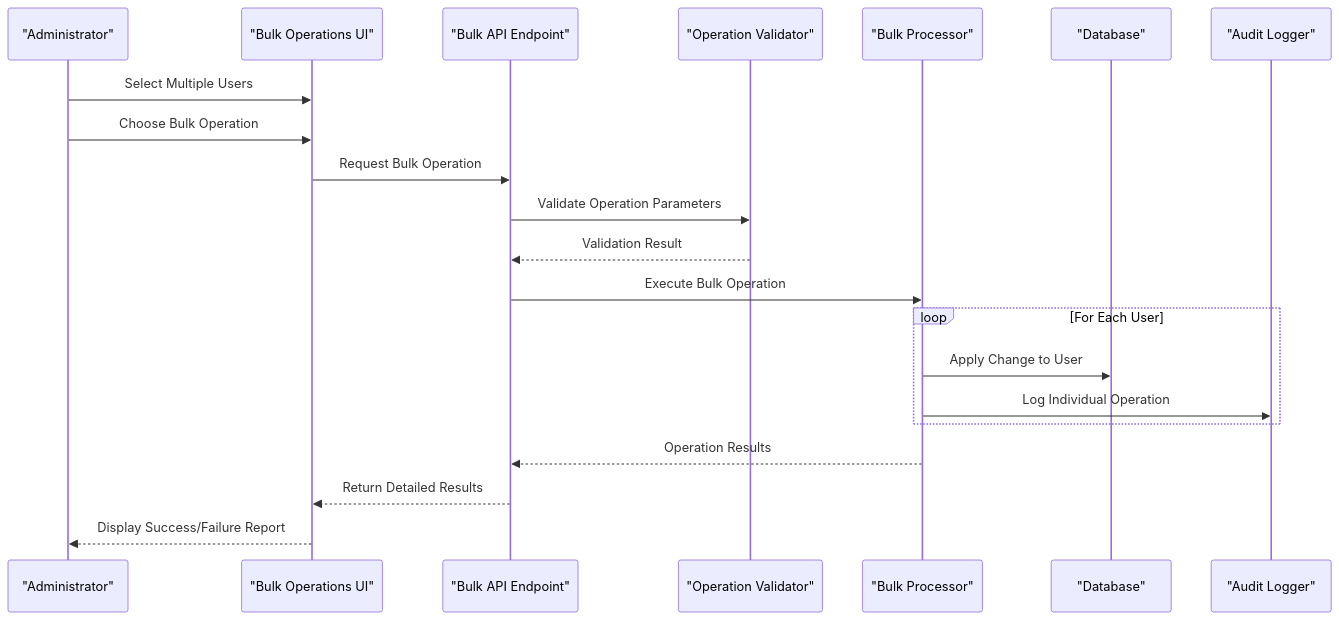
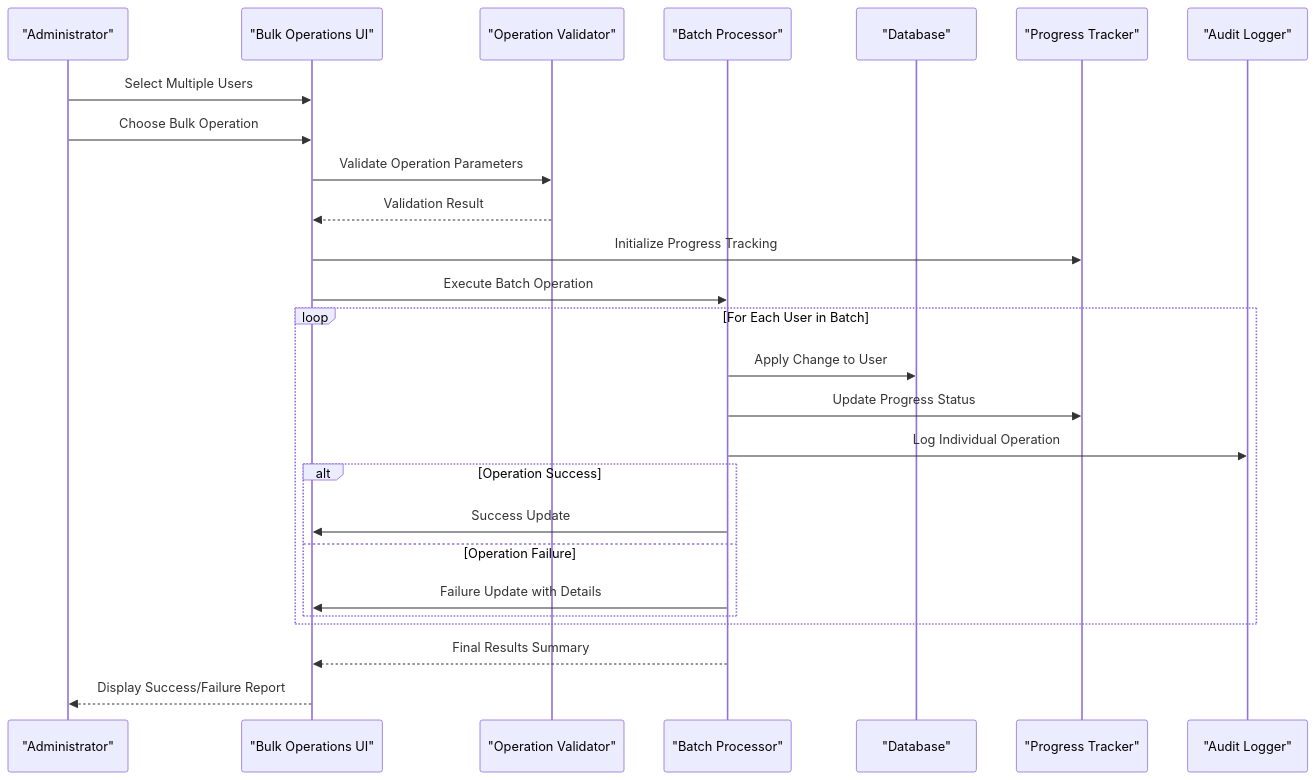
One commit to 14Lucifer/hackathon_ecs_creator changed the seventh of 8 diagrams in .qoder/repowiki/en/content/Frontend Development/Page Components & Routing/User Management Interface.md. Above: the diagram before and after it, drawn with Mermaid. The commit also changed other lines of this file and 96 other files, not shown here.

````diff
--- a/.qoder/repowiki/en/content/Frontend Development/Page Components & Routing/User Management Interface.md
+++ b/.qoder/repowiki/en/content/Frontend Development/Page Components & Routing/User Management Interface.md
@@ -382,23 +528,28 @@
 ```mermaid
 sequenceDiagram
 participant Admin as "Administrator"
 participant UI as "Bulk Operations UI"
-participant API as "Bulk API Endpoint"
 participant Validator as "Operation Validator"
-participant Processor as "Bulk Processor"
+participant Processor as "Batch Processor"
 participant DB as "Database"
+participant Progress as "Progress Tracker"
 participant Audit as "Audit Logger"
 Admin->>UI : Select Multiple Users
 Admin->>UI : Choose Bulk Operation
-UI->>API : Request Bulk Operation
-API->>Validator : Validate Operation Parameters
-Validator-->>API : Validation Result
-API->>Processor : Execute Bulk Operation
-loop For Each User
+UI->>Validator : Validate Operation Parameters
+Validator-->>UI : Validation Result
+UI->>Progress : Initialize Progress Tracking
+UI->>Processor : Execute Batch Operation
+loop For Each User in Batch
 Processor->>DB : Apply Change to User
+Processor->>Progress : Update Progress Status
 Processor->>Audit : Log Individual Operation
+alt Operation Success
+Processor->>UI : Success Update
+else Operation Failure
+Processor->>UI : Failure Update with Details
 end
-Processor-->>API : Operation Results
-API-->>UI : Return Detailed Results
+end
+Processor-->>UI : Final Results Summary
 UI-->>Admin : Display Success/Failure Report
 ```
````
